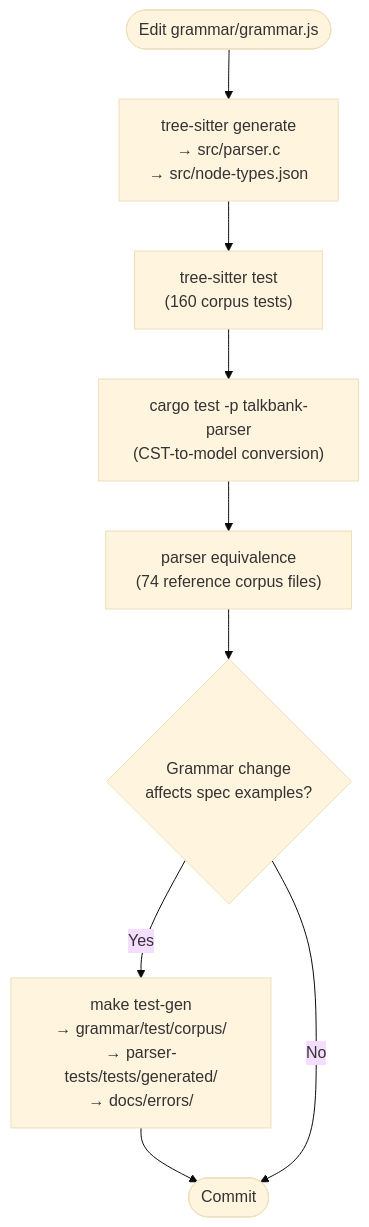
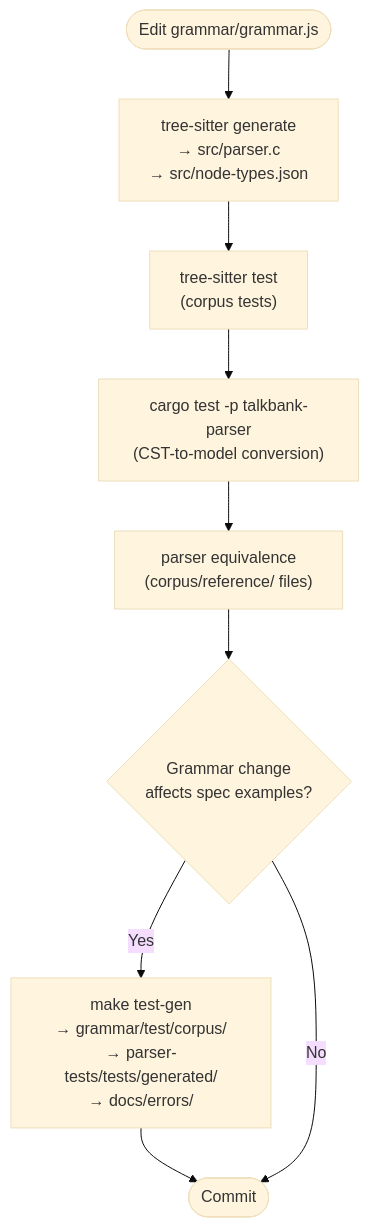
The diagram in book/src/contributing/grammar-workflow.md (TalkBank/talkbank-tools), drawn with Mermaid (base theme) before and after one commit. The commit also changed other lines of this file and 246 other files, not shown here.

````diff
--- a/book/src/contributing/grammar-workflow.md
+++ b/book/src/contributing/grammar-workflow.md
@@ -11,15 +11,15 @@
 ```mermaid
 flowchart TD
     edit(["Edit grammar/grammar.js"])
     generate["tree-sitter generate\n→ src/parser.c\n→ src/node-types.json"]
-    grammar_test["tree-sitter test\n(160 corpus tests)"]
+    grammar_test["tree-sitter test\n(corpus tests)"]
     rust_test["cargo test -p talkbank-parser\n(CST-to-model conversion)"]
-    equiv["parser equivalence\n(74 reference corpus files)"]
+    equiv["parser equivalence\n(corpus/reference/ files)"]
     spec_check{"Grammar change\naffects spec examples?"}
     test_gen["make test-gen\n→ grammar/test/corpus/\n→ parser-tests/tests/generated/\n→ docs/errors/"]
     commit(["Commit"])
 
     edit --> generate --> grammar_test --> rust_test --> equiv --> spec_check
     spec_check -->|Yes| test_gen --> commit
     spec_check -->|No| commit
 ```
````
